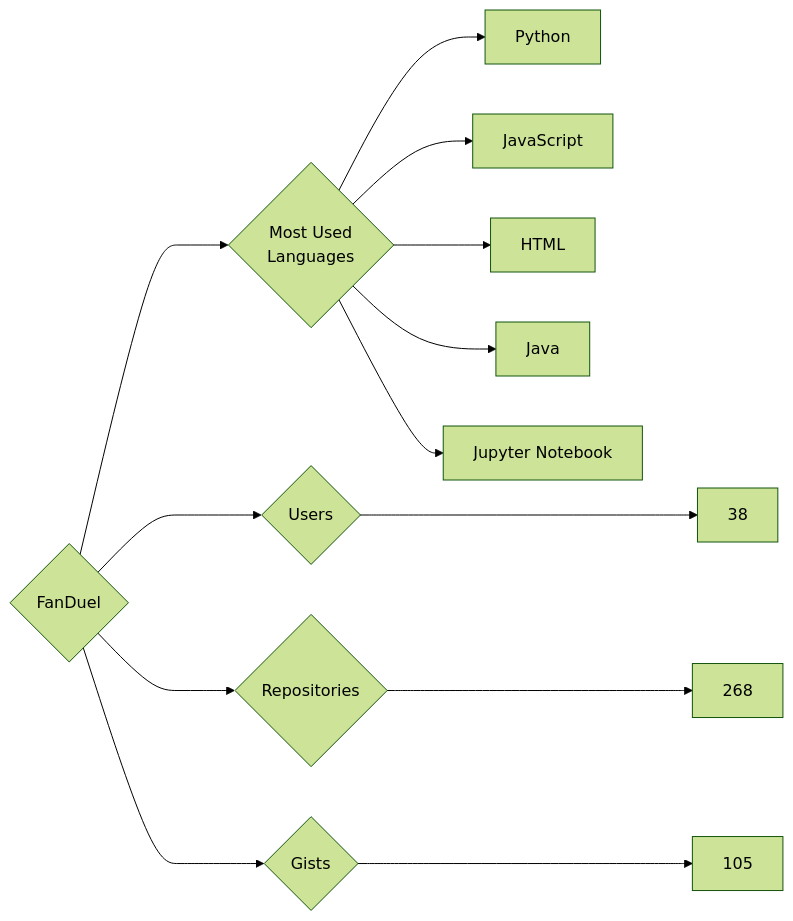
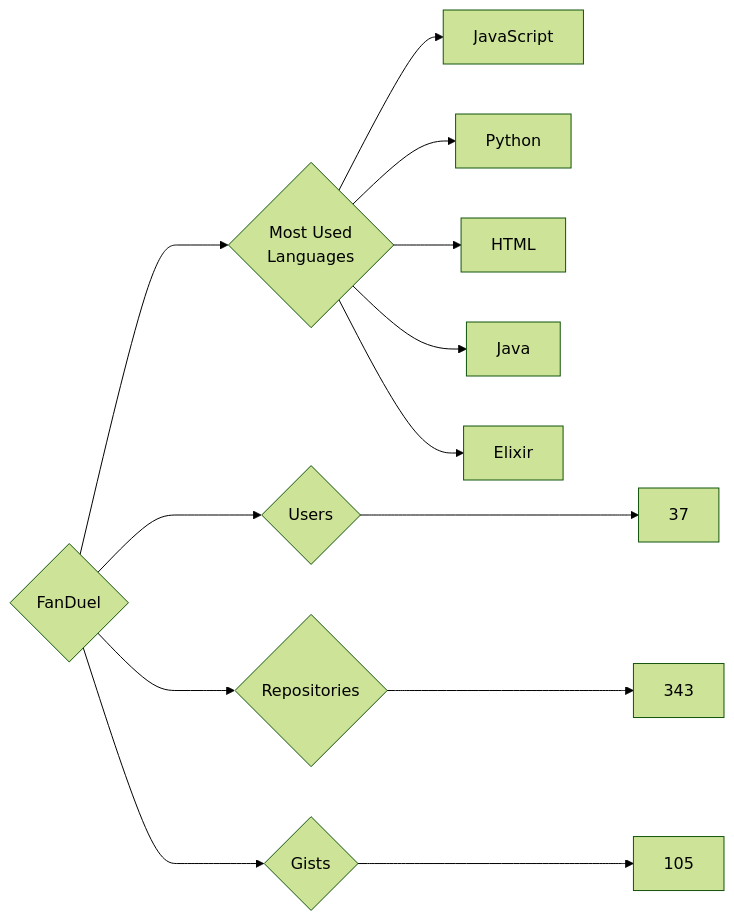
The diagram in targets/FanDuel/README.md (trickest/insiders), drawn with Mermaid (forest theme) before and after one commit. The commit also changed 874 other files, not shown here.

````diff
--- a/targets/FanDuel/README.md
+++ b/targets/FanDuel/README.md
@@ -3,13 +3,13 @@
 ```mermaid
 graph LR
 COMPANY_NAME{FanDuel}
-COMPANY_NAME ---> U{Users} ---> UN[38]
-COMPANY_NAME ---> R{Repositories} ---> RN[268]
+COMPANY_NAME ---> U{Users} ---> UN[37]
+COMPANY_NAME ---> R{Repositories} ---> RN[343]
 COMPANY_NAME ---> G{Gists} ---> GN[105]
 COMPANY_NAME ---> ML{Most Used<br>Languages}
+ML --> JavaScript[JavaScript]
 ML --> Python[Python]
-ML --> JavaScript[JavaScript]
 ML --> HTML[HTML]
 ML --> Java[Java]
-ML --> Jupyter_Notebook[Jupyter Notebook]
+ML --> Elixir[Elixir]
 ```
````
